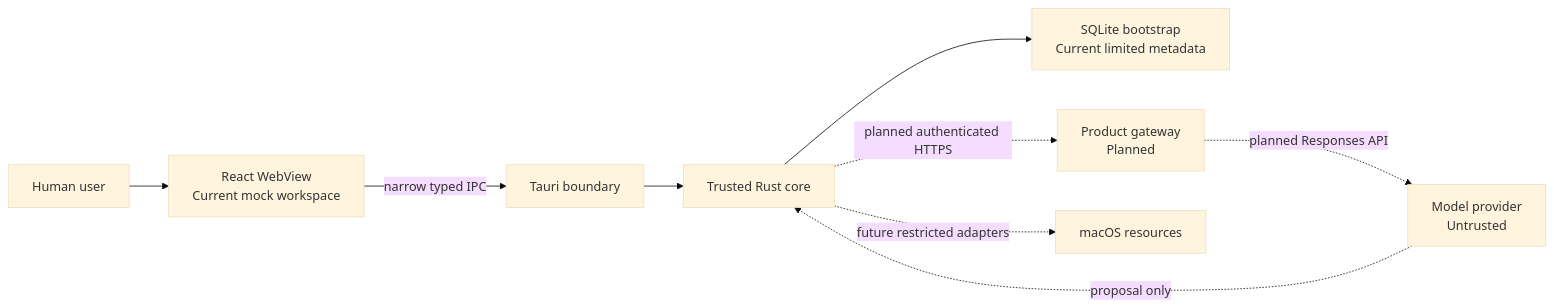
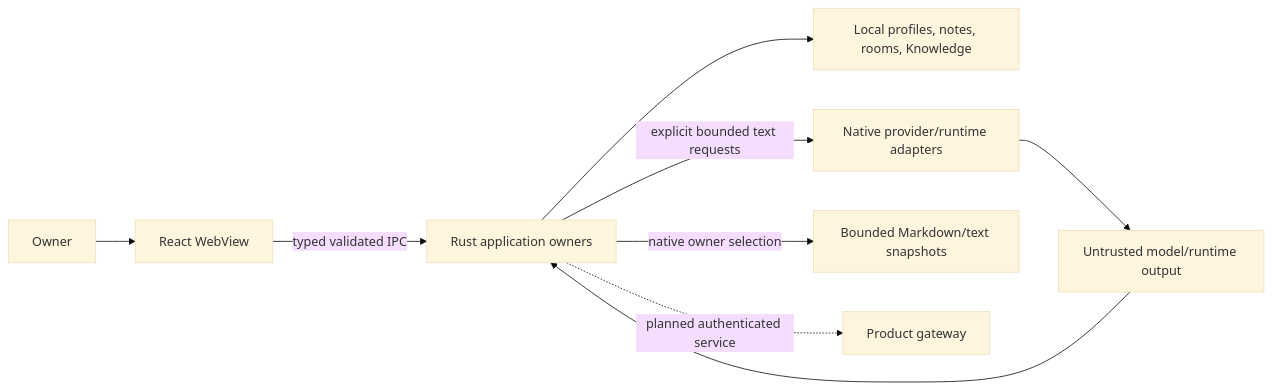
Before and after one commit to SillyRbbit/ai-agent-assistant: the first of 6 diagrams in ARCHITECTURE.md, drawn with Mermaid (base theme). The commit also changed other lines of this file and 18 other files, not shown here.

````diff
--- a/ARCHITECTURE.md
+++ b/ARCHITECTURE.md
@@ -997,11 +1009,11 @@
 ```mermaid
 flowchart LR
-    Human["Human user"] --> UI["React WebView\nCurrent mock workspace"]
-    UI -->|"narrow typed IPC"| Tauri["Tauri boundary"]
-    Tauri --> Core["Trusted Rust core"]
-    Core --> SQLite["SQLite bootstrap\nCurrent limited metadata"]
-    Core -. "planned authenticated HTTPS" .-> Gateway["Product gateway\nPlanned"]
-    Gateway -. "planned Responses API" .-> Model["Model provider\nUntrusted"]
-    Core -. "future restricted adapters" .-> OS["macOS resources"]
-    Model -. "proposal only" .-> Core
+    Human["Owner"] --> UI["React WebView"]
+    UI -->|"typed validated IPC"| Rust["Rust application owners"]
+    Rust --> SQLite["Local profiles, notes, rooms, Knowledge"]
+    Rust -->|"explicit bounded text requests"| Adapters["Native provider/runtime adapters"]
+    Adapters --> Model["Untrusted model/runtime output"]
+    Model --> Rust
+    Rust -->|"native owner selection"| Documents["Bounded Markdown/text snapshots"]
+    Rust -. "planned authenticated service" .-> Gateway["Product gateway"]
 ```
````
